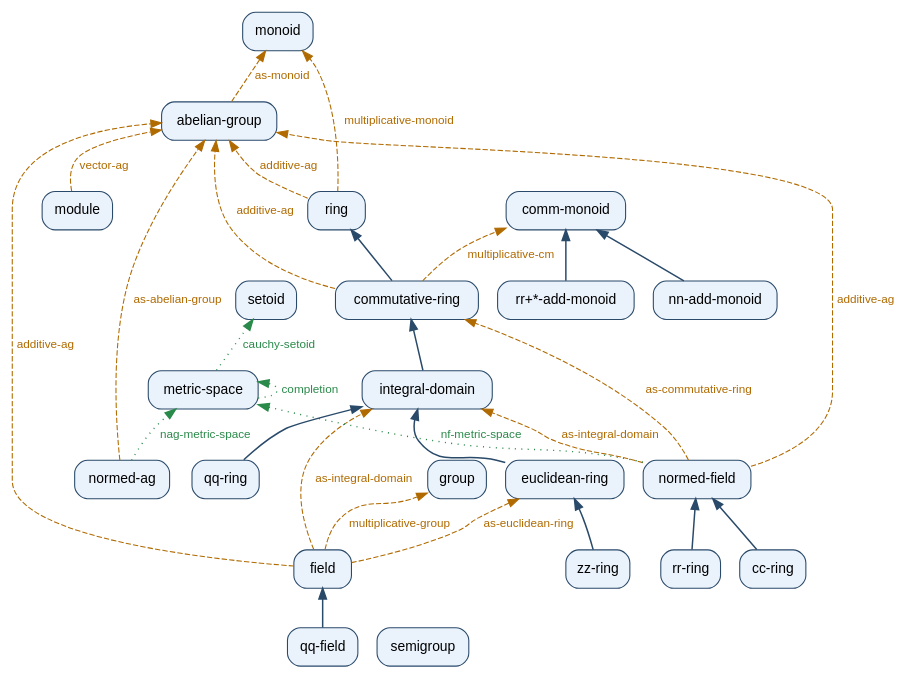
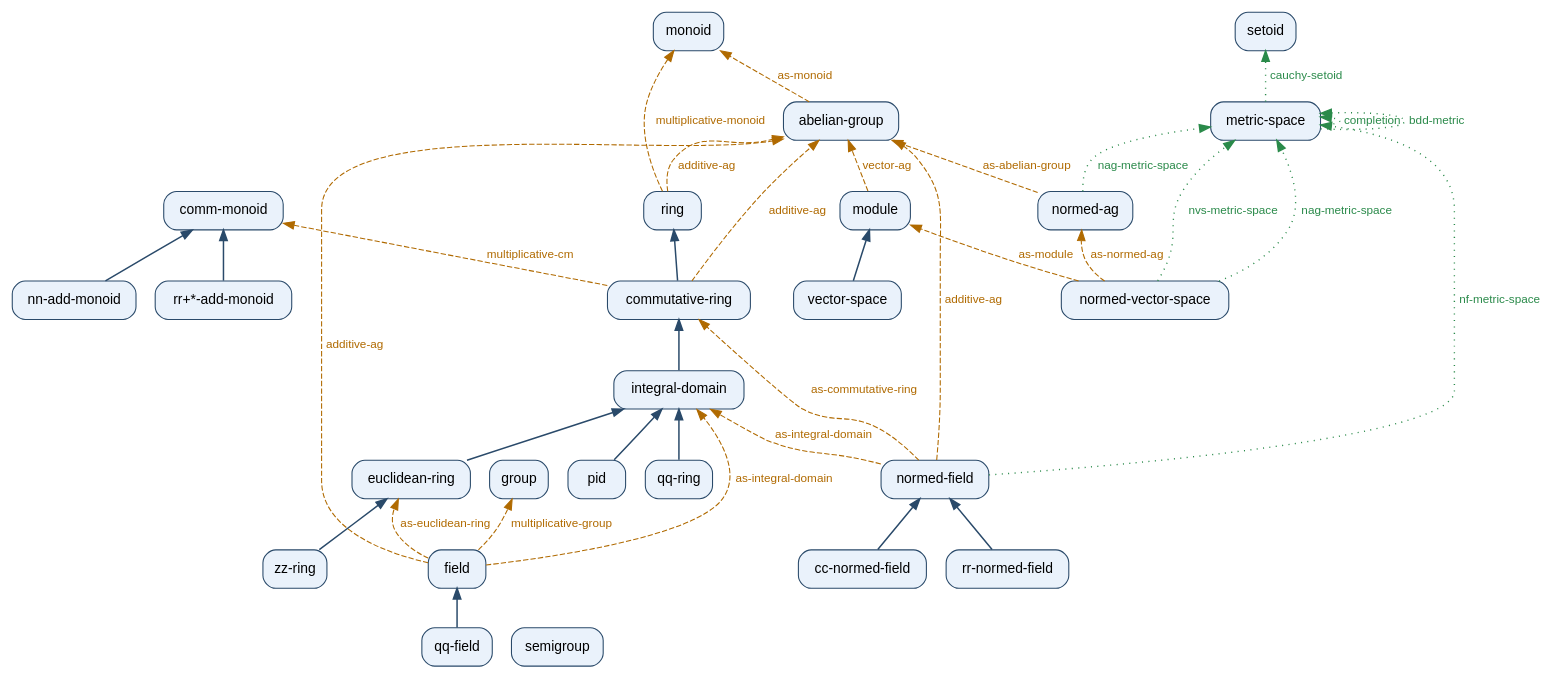
The diagram in reference/structure-graph.dot (JavierThayer/VNB), drawn with Graphviz before and after one commit. The commit also changed 72 other files, not shown here.

```diff
--- a/reference/structure-graph.dot
+++ b/reference/structure-graph.dot
@@ -4,60 +4,70 @@
   node [shape=box, style="rounded,filled", fillcolor="#eaf2fb", color="#2a4a6a", fontname="Helvetica", fontsize=13];
   edge [fontname="Helvetica", fontsize=11];
 
-  "abelian-group" [tooltip="abelian-group -- slots (a mul e inv)", URL="structure-graph.html#abelian-group"];
-  "cc-ring" [tooltip="cc-ring -- slots (a add mul neg zero one nrm)", URL="structure-graph.html#cc-ring"];
-  "comm-monoid" [tooltip="comm-monoid -- slots (a mul e)", URL="structure-graph.html#comm-monoid"];
-  "commutative-ring" [tooltip="commutative-ring -- slots (a add mul neg zero one)", URL="structure-graph.html#commutative-ring"];
-  "euclidean-ring" [tooltip="euclidean-ring -- slots (a add mul neg zero one)", URL="structure-graph.html#euclidean-ring"];
-  "field" [tooltip="field -- slots (a add mul neg zero one non-zero inv)", URL="structure-graph.html#field"];
-  "group" [tooltip="group -- slots (a mul e inv)", URL="structure-graph.html#group"];
-  "integral-domain" [tooltip="integral-domain -- slots (a add mul neg zero one)", URL="structure-graph.html#integral-domain"];
-  "metric-space" [tooltip="metric-space -- slots (x d)", URL="structure-graph.html#metric-space"];
+  "abelian-group" [tooltip="abelian-group -- slots (carr opr iden inv)", URL="structure-graph.html#abelian-group"];
+  "cc-normed-field" [tooltip="cc-normed-field -- slots (carr add mul neg zero one fnrm)", URL="structure-graph.html#cc-normed-field"];
+  "comm-monoid" [tooltip="comm-monoid -- slots (carr opr iden)", URL="structure-graph.html#comm-monoid"];
+  "commutative-ring" [tooltip="commutative-ring -- slots (carr add mul neg zero one)", URL="structure-graph.html#commutative-ring"];
+  "euclidean-ring" [tooltip="euclidean-ring -- slots (carr add mul neg zero one)", URL="structure-graph.html#euclidean-ring"];
+  "field" [tooltip="field -- slots (carr add mul neg zero one non-zero recip)", URL="structure-graph.html#field"];
+  "group" [tooltip="group -- slots (carr opr iden inv)", URL="structure-graph.html#group"];
+  "integral-domain" [tooltip="integral-domain -- slots (carr add mul neg zero one)", URL="structure-graph.html#integral-domain"];
+  "metric-space" [tooltip="metric-space -- slots (pts dist)", URL="structure-graph.html#metric-space"];
   "module" [tooltip="module -- slots (scal vec vadd vzero vneg act)", URL="structure-graph.html#module"];
-  "monoid" [tooltip="monoid -- slots (a mul e)", URL="structure-graph.html#monoid"];
-  "nn-add-monoid" [tooltip="nn-add-monoid -- slots (a mul e)", URL="structure-graph.html#nn-add-monoid"];
-  "normed-ag" [tooltip="normed-ag -- slots (a mul e inv nrm)", URL="structure-graph.html#normed-ag"];
-  "normed-field" [tooltip="normed-field -- slots (a add mul neg zero one nrm)", URL="structure-graph.html#normed-field"];
-  "qq-field" [tooltip="qq-field -- slots (a add mul neg zero one non-zero inv)", URL="structure-graph.html#qq-field"];
-  "qq-ring" [tooltip="qq-ring -- slots (a add mul neg zero one)", URL="structure-graph.html#qq-ring"];
-  "ring" [tooltip="ring -- slots (a add mul neg zero one)", URL="structure-graph.html#ring"];
-  "rr+*-add-monoid" [tooltip="rr+*-add-monoid -- slots (a mul e)", URL="structure-graph.html#rr+*-add-monoid"];
-  "rr-ring" [tooltip="rr-ring -- slots (a add mul neg zero one nrm)", URL="structure-graph.html#rr-ring"];
-  "semigroup" [tooltip="semigroup -- slots (a mul)", URL="structure-graph.html#semigroup"];
-  "setoid" [tooltip="setoid -- slots (x rel)", URL="structure-graph.html#setoid"];
-  "zz-ring" [tooltip="zz-ring -- slots (a add mul neg zero one)", URL="structure-graph.html#zz-ring"];
+  "monoid" [tooltip="monoid -- slots (carr opr iden)", URL="structure-graph.html#monoid"];
+  "nn-add-monoid" [tooltip="nn-add-monoid -- slots (carr opr iden)", URL="structure-graph.html#nn-add-monoid"];
+  "normed-ag" [tooltip="normed-ag -- slots (carr opr iden inv nrm)", URL="structure-graph.html#normed-ag"];
+  "normed-field" [tooltip="normed-field -- slots (carr add mul neg zero one fnrm)", URL="structure-graph.html#normed-field"];
+  "normed-vector-space" [tooltip="normed-vector-space -- slots (scal vec vadd vzero vneg act vnrm)", URL="structure-graph.html#normed-vector-space"];
+  "pid" [tooltip="pid -- slots (carr add mul neg zero one)", URL="structure-graph.html#pid"];
+  "qq-field" [tooltip="qq-field -- slots (carr add mul neg zero one non-zero recip)", URL="structure-graph.html#qq-field"];
+  "qq-ring" [tooltip="qq-ring -- slots (carr add mul neg zero one)", URL="structure-graph.html#qq-ring"];
+  "ring" [tooltip="ring -- slots (carr add mul neg zero one)", URL="structure-graph.html#ring"];
+  "rr+*-add-monoid" [tooltip="rr+*-add-monoid -- slots (carr opr iden)", URL="structure-graph.html#rr+*-add-monoid"];
+  "rr-normed-field" [tooltip="rr-normed-field -- slots (carr add mul neg zero one fnrm)", URL="structure-graph.html#rr-normed-field"];
+  "semigroup" [tooltip="semigroup -- slots (carr opr)", URL="structure-graph.html#semigroup"];
+  "setoid" [tooltip="setoid -- slots (pts rel)", URL="structure-graph.html#setoid"];
+  "vector-space" [tooltip="vector-space -- slots (scal vec vadd vzero vneg act)", URL="structure-graph.html#vector-space"];
+  "zz-ring" [tooltip="zz-ring -- slots (carr add mul neg zero one)", URL="structure-graph.html#zz-ring"];
 
   // refines (specialisation): child -> parent
   "qq-field" -> "field" [color="#2a4a6a", penwidth=1.4, tooltip="qq-field refines field"];
+  "pid" -> "integral-domain" [color="#2a4a6a", penwidth=1.4, tooltip="pid refines integral-domain"];
+  "rr-normed-field" -> "normed-field" [color="#2a4a6a", penwidth=1.4, tooltip="rr-normed-field refines normed-field"];
   "commutative-ring" -> "ring" [color="#2a4a6a", penwidth=1.4, tooltip="commutative-ring refines ring"];
+  "cc-normed-field" -> "normed-field" [color="#2a4a6a", penwidth=1.4, tooltip="cc-normed-field refines normed-field"];
   "zz-ring" -> "euclidean-ring" [color="#2a4a6a", penwidth=1.4, tooltip="zz-ring refines euclidean-ring"];
-  "rr-ring" -> "normed-field" [color="#2a4a6a", penwidth=1.4, tooltip="rr-ring refines normed-field"];
-  "cc-ring" -> "normed-field" [color="#2a4a6a", penwidth=1.4, tooltip="cc-ring refines normed-field"];
   "nn-add-monoid" -> "comm-monoid" [color="#2a4a6a", penwidth=1.4, tooltip="nn-add-monoid refines comm-monoid"];
   "euclidean-ring" -> "integral-domain" [color="#2a4a6a", penwidth=1.4, tooltip="euclidean-ring refines integral-domain"];
+  "vector-space" -> "module" [color="#2a4a6a", penwidth=1.4, tooltip="vector-space refines module"];
   "integral-domain" -> "commutative-ring" [color="#2a4a6a", penwidth=1.4, tooltip="integral-domain refines commutative-ring"];
   "qq-ring" -> "integral-domain" [color="#2a4a6a", penwidth=1.4, tooltip="qq-ring refines integral-domain"];
   "rr+*-add-monoid" -> "comm-monoid" [color="#2a4a6a", penwidth=1.4, tooltip="rr+*-add-monoid refines comm-monoid"];
 
   // view-as (forgetful / component maps): source -> target
-  "field" -> "euclidean-ring" [style=dashed, color="#b06a00", fontcolor="#b06a00", label="as-euclidean-ring", tooltip="field-as-euclidean-ring :  field -> euclidean-ring    (a add mul neg zero one) |-> (a add mul neg zero one)", URL="structure-graph.html#views"];
-  "ring" -> "abelian-group" [style=dashed, color="#b06a00", fontcolor="#b06a00", label="additive-ag", tooltip="ring-additive-ag :  ring -> abelian-group    (a add zero neg) |-> (a mul e inv)", URL="structure-graph.html#views"];
-  "field" -> "integral-domain" [style=dashed, color="#b06a00", fontcolor="#b06a00", label="as-integral-domain", tooltip="field-as-integral-domain :  field -> integral-domain    (a add mul neg zero one) |-> (a add mul neg zero one)", URL="structure-graph.html#views"];
-  "field" -> "abelian-group" [style=dashed, color="#b06a00", fontcolor="#b06a00", label="additive-ag", tooltip="field-additive-ag :  field -> abelian-group    (a add zero neg) |-> (a mul e inv)", URL="structure-graph.html#views"];
-  "ring" -> "monoid" [style=dashed, color="#b06a00", fontcolor="#b06a00", label="multiplicative-monoid", tooltip="ring-multiplicative-monoid :  ring -> monoid    (a mul one) |-> (a mul e)", URL="structure-graph.html#views"];
-  "field" -> "group" [style=dashed, color="#b06a00", fontcolor="#b06a00", label="multiplicative-group", tooltip="field-multiplicative-group :  field -> group    (non-zero mul one inv) |-> (a mul e inv)", URL="structure-graph.html#views"];
-  "commutative-ring" -> "comm-monoid" [style=dashed, color="#b06a00", fontcolor="#b06a00", label="multiplicative-cm", tooltip="commutative-ring-multiplicative-cm :  commutative-ring -> comm-monoid    (a mul one) |-> (a mul e)", URL="structure-graph.html#views"];
-  "abelian-group" -> "monoid" [style=dashed, color="#b06a00", fontcolor="#b06a00", label="as-monoid", tooltip="abelian-group-as-monoid :  abelian-group -> monoid    (a mul e) |-> (a mul e)", URL="structure-graph.html#views"];
-  "module" -> "abelian-group" [style=dashed, color="#b06a00", fontcolor="#b06a00", label="vector-ag", tooltip="module-vector-ag :  module -> abelian-group    (vec vadd vzero vneg) |-> (a mul e inv)", URL="structure-graph.html#views"];
-  "normed-field" -> "integral-domain" [style=dashed, color="#b06a00", fontcolor="#b06a00", label="as-integral-domain", tooltip="normed-field-as-integral-domain :  normed-field -> integral-domain    (a add mul neg zero one) |-> (a add mul neg zero one)", URL="structure-graph.html#views"];
-  "commutative-ring" -> "abelian-group" [style=dashed, color="#b06a00", fontcolor="#b06a00", label="additive-ag", tooltip="commutative-ring-additive-ag :  commutative-ring -> abelian-group    (a add zero neg) |-> (a mul e inv)", URL="structure-graph.html#views"];
-  "normed-ag" -> "abelian-group" [style=dashed, color="#b06a00", fontcolor="#b06a00", label="as-abelian-group", tooltip="normed-ag-as-abelian-group :  normed-ag -> abelian-group    (a mul e inv) |-> (a mul e inv)", URL="structure-graph.html#views"];
-  "normed-field" -> "commutative-ring" [style=dashed, color="#b06a00", fontcolor="#b06a00", label="as-commutative-ring", tooltip="normed-field-as-commutative-ring :  normed-field -> commutative-ring    (a add mul neg zero one) |-> (a add mul neg zero one)", URL="structure-graph.html#views"];
-  "normed-field" -> "abelian-group" [style=dashed, color="#b06a00", fontcolor="#b06a00", label="additive-ag", tooltip="normed-field-additive-ag :  normed-field -> abelian-group    (a add zero neg) |-> (a mul e inv)", URL="structure-graph.html#views"];
+  "ring" -> "abelian-group" [style=dashed, color="#b06a00", fontcolor="#b06a00", label="additive-ag", tooltip="ring-additive-ag :  ring -> abelian-group    (carr add zero neg) |-> (carr opr iden inv)", URL="structure-graph.html#views"];
+  "field" -> "euclidean-ring" [style=dashed, color="#b06a00", fontcolor="#b06a00", label="as-euclidean-ring", tooltip="field-as-euclidean-ring :  field -> euclidean-ring    (carr add mul neg zero one) |-> (carr add mul neg zero one)", URL="structure-graph.html#views"];
+  "normed-vector-space" -> "module" [style=dashed, color="#b06a00", fontcolor="#b06a00", label="as-module", tooltip="normed-vector-space-as-module :  normed-vector-space -> module    (scal vec vadd vzero vneg act) |-> (scal vec vadd vzero vneg act)", URL="structure-graph.html#views"];
+  "field" -> "integral-domain" [style=dashed, color="#b06a00", fontcolor="#b06a00", label="as-integral-domain", tooltip="field-as-integral-domain :  field -> integral-domain    (carr add mul neg zero one) |-> (carr add mul neg zero one)", URL="structure-graph.html#views"];
+  "normed-vector-space" -> "normed-ag" [style=dashed, color="#b06a00", fontcolor="#b06a00", label="as-normed-ag", tooltip="normed-vector-space-as-normed-ag :  normed-vector-space -> normed-ag    (vec vadd vzero vneg vnrm) |-> (carr opr iden inv nrm)", URL="structure-graph.html#views"];
+  "commutative-ring" -> "comm-monoid" [style=dashed, color="#b06a00", fontcolor="#b06a00", label="multiplicative-cm", tooltip="commutative-ring-multiplicative-cm :  commutative-ring -> comm-monoid    (carr mul one) |-> (carr opr iden)", URL="structure-graph.html#views"];
+  "field" -> "group" [style=dashed, color="#b06a00", fontcolor="#b06a00", label="multiplicative-group", tooltip="field-multiplicative-group :  field -> group    (non-zero mul one recip) |-> (carr opr iden inv)", URL="structure-graph.html#views"];
+  "ring" -> "monoid" [style=dashed, color="#b06a00", fontcolor="#b06a00", label="multiplicative-monoid", tooltip="ring-multiplicative-monoid :  ring -> monoid    (carr mul one) |-> (carr opr iden)", URL="structure-graph.html#views"];
+  "field" -> "abelian-group" [style=dashed, color="#b06a00", fontcolor="#b06a00", label="additive-ag", tooltip="field-additive-ag :  field -> abelian-group    (carr add zero neg) |-> (carr opr iden inv)", URL="structure-graph.html#views"];
+  "abelian-group" -> "monoid" [style=dashed, color="#b06a00", fontcolor="#b06a00", label="as-monoid", tooltip="abelian-group-as-monoid :  abelian-group -> monoid    (carr opr iden) |-> (carr opr iden)", URL="structure-graph.html#views"];
+  "module" -> "abelian-group" [style=dashed, color="#b06a00", fontcolor="#b06a00", label="vector-ag", tooltip="module-vector-ag :  module -> abelian-group    (vec vadd vzero vneg) |-> (carr opr iden inv)", URL="structure-graph.html#views"];
+  "normed-ag" -> "abelian-group" [style=dashed, color="#b06a00", fontcolor="#b06a00", label="as-abelian-group", tooltip="normed-ag-as-abelian-group :  normed-ag -> abelian-group    (carr opr iden inv) |-> (carr opr iden inv)", URL="structure-graph.html#views"];
+  "commutative-ring" -> "abelian-group" [style=dashed, color="#b06a00", fontcolor="#b06a00", label="additive-ag", tooltip="commutative-ring-additive-ag :  commutative-ring -> abelian-group    (carr add zero neg) |-> (carr opr iden inv)", URL="structure-graph.html#views"];
+  "normed-field" -> "integral-domain" [style=dashed, color="#b06a00", fontcolor="#b06a00", label="as-integral-domain", tooltip="normed-field-as-integral-domain :  normed-field -> integral-domain    (carr add mul neg zero one) |-> (carr add mul neg zero one)", URL="structure-graph.html#views"];
+  "normed-field" -> "commutative-ring" [style=dashed, color="#b06a00", fontcolor="#b06a00", label="as-commutative-ring", tooltip="normed-field-as-commutative-ring :  normed-field -> commutative-ring    (carr add mul neg zero one) |-> (carr add mul neg zero one)", URL="structure-graph.html#views"];
+  "normed-field" -> "abelian-group" [style=dashed, color="#b06a00", fontcolor="#b06a00", label="additive-ag", tooltip="normed-field-additive-ag :  normed-field -> abelian-group    (carr add zero neg) |-> (carr opr iden inv)", URL="structure-graph.html#views"];
 
   // bridges (structure-valued functoids): source -> target
-  "metric-space" -> "setoid" [style=dotted, color="#2a8a4a", fontcolor="#2a8a4a", penwidth=1.3, label="cauchy-setoid", tooltip="cauchy-setoid :  metric-space -> setoid    (constructor functoid)", URL="structure-graph.html#setoid"];
-  "metric-space" -> "metric-space" [style=dotted, color="#2a8a4a", fontcolor="#2a8a4a", penwidth=1.3, label="completion", tooltip="completion :  metric-space -> metric-space    (constructor functoid)", URL="structure-graph.html#metric-space"];
+  "normed-vector-space" -> "metric-space" [style=dotted, color="#2a8a4a", fontcolor="#2a8a4a", penwidth=1.3, label="nag-metric-space", tooltip="nag-metric-space :  normed-vector-space -> metric-space    (constructor functoid)", URL="structure-graph.html#metric-space"];
   "normed-ag" -> "metric-space" [style=dotted, color="#2a8a4a", fontcolor="#2a8a4a", penwidth=1.3, label="nag-metric-space", tooltip="nag-metric-space :  normed-ag -> metric-space    (constructor functoid)", URL="structure-graph.html#metric-space"];
   "normed-field" -> "metric-space" [style=dotted, color="#2a8a4a", fontcolor="#2a8a4a", penwidth=1.3, label="nf-metric-space", tooltip="nf-metric-space :  normed-field -> metric-space    (constructor functoid)", URL="structure-graph.html#metric-space"];
+  "metric-space" -> "metric-space" [style=dotted, color="#2a8a4a", fontcolor="#2a8a4a", penwidth=1.3, label="completion", tooltip="completion :  metric-space -> metric-space    (constructor functoid)", URL="structure-graph.html#metric-space"];
+  "metric-space" -> "metric-space" [style=dotted, color="#2a8a4a", fontcolor="#2a8a4a", penwidth=1.3, label="bdd-metric", tooltip="bdd-metric :  metric-space -> metric-space    (constructor functoid)", URL="structure-graph.html#metric-space"];
+  "normed-vector-space" -> "metric-space" [style=dotted, color="#2a8a4a", fontcolor="#2a8a4a", penwidth=1.3, label="nvs-metric-space", tooltip="nvs-metric-space :  normed-vector-space -> metric-space    (constructor functoid)", URL="structure-graph.html#metric-space"];
+  "metric-space" -> "setoid" [style=dotted, color="#2a8a4a", fontcolor="#2a8a4a", penwidth=1.3, label="cauchy-setoid", tooltip="cauchy-setoid :  metric-space -> setoid    (constructor functoid)", URL="structure-graph.html#setoid"];
 }
```
